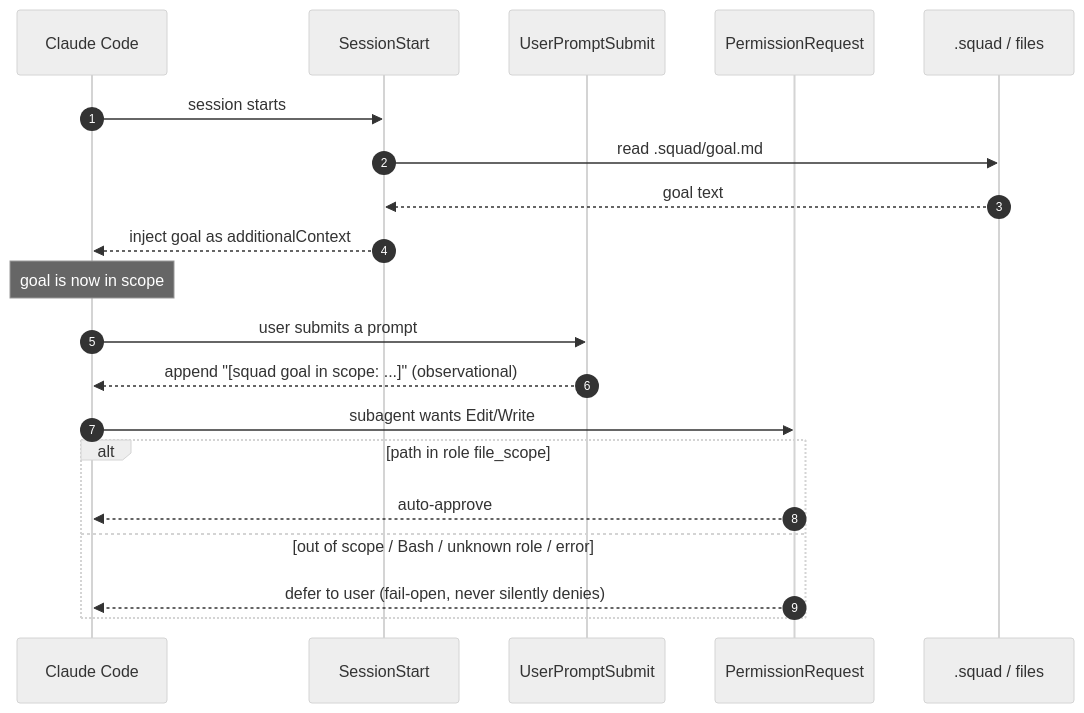
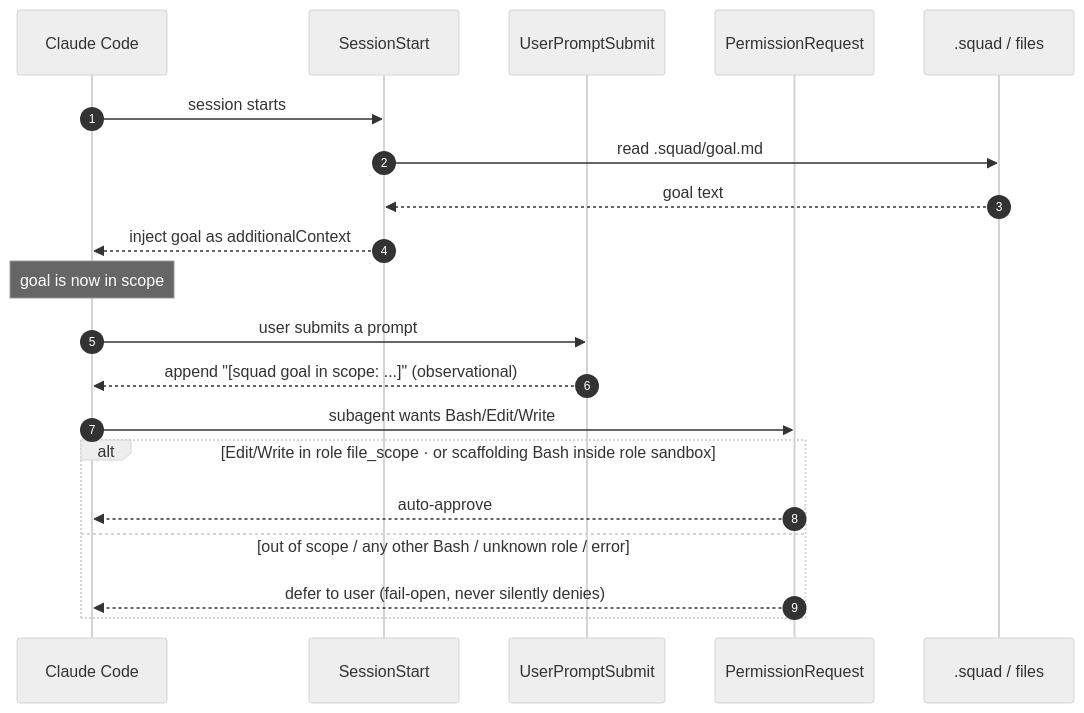
One commit to cheeky-amit/cheeky-squad-os changed the second of 5 diagrams in README.md. Above: the diagram before and after it, drawn with Mermaid (neutral theme). The commit also changed other lines of this file and 24 other files, not shown here.

````diff
--- a/README.md
+++ b/README.md
@@ -101,25 +109,25 @@
 ```mermaid
 sequenceDiagram
   autonumber
   participant CC as Claude Code
   participant SS as SessionStart
   participant UP as UserPromptSubmit
   participant PR as PermissionRequest
   participant FS as .squad / files
 
   CC->>SS: session starts
   SS->>FS: read .squad/goal.md
   FS-->>SS: goal text
   SS-->>CC: inject goal as additionalContext
   Note over CC: goal is now in scope
 
   CC->>UP: user submits a prompt
   UP-->>CC: append "[squad goal in scope: ...]" (observational)
 
-  CC->>PR: subagent wants Edit/Write
-  alt path in role file_scope
+  CC->>PR: subagent wants Bash/Edit/Write
+  alt Edit/Write in role file_scope · or scaffolding Bash inside role sandbox
     PR-->>CC: auto-approve
-  else out of scope / Bash / unknown role / error
+  else out of scope / any other Bash / unknown role / error
     PR-->>CC: defer to user (fail-open, never silently denies)
   end
 ```
````
